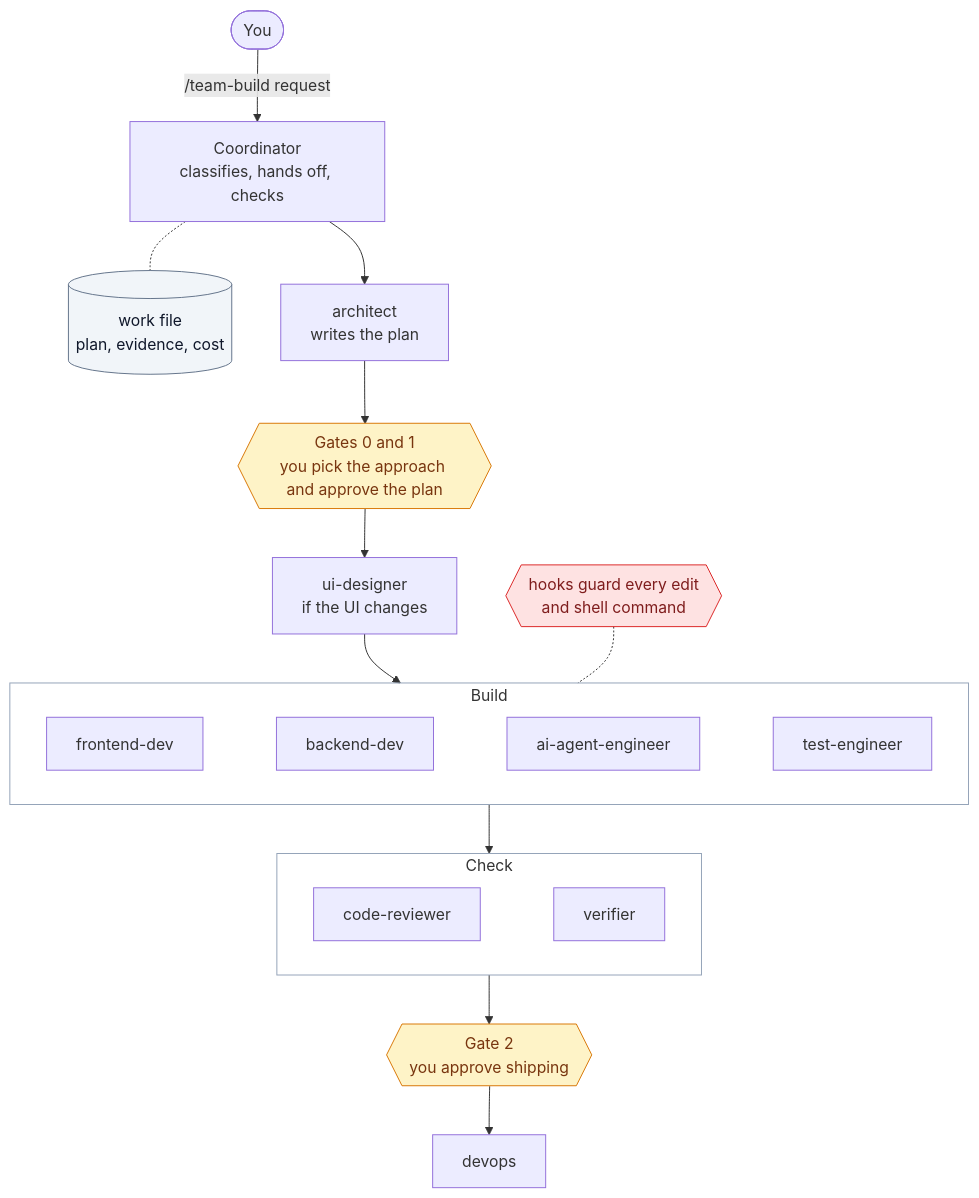
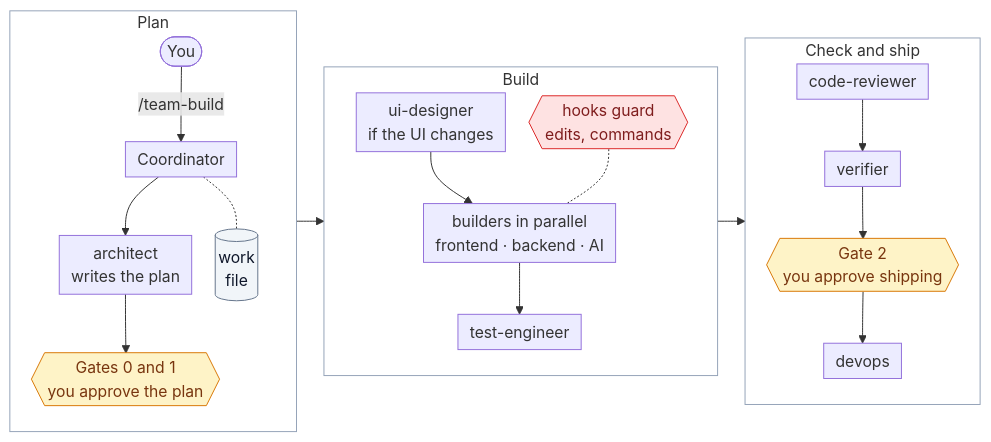
The diagram in docs/images/src/overview.mmd (suryas91/claude-skills), drawn with Mermaid before and after one commit. The commit also changed 11 other files, not shown here.

```diff
--- a/docs/images/src/overview.mmd
+++ b/docs/images/src/overview.mmd
@@ -1,27 +1,31 @@
-flowchart TB
-    U([You]) -->|/team-build request| C[Coordinator<br/>classifies, hands off, checks]
-    C -.- W[(work file<br/>plan, evidence, cost)]
-    C --> A[architect<br/>writes the plan]
-    A --> G1{{Gates 0 and 1<br/>you pick the approach and approve the plan}}
-    G1 --> D[ui-designer<br/>if the UI changes]
-    D --> BUILD
+%%{init: {'flowchart': {'nodeSpacing': 24, 'rankSpacing': 28, 'padding': 6}}}%%
+flowchart LR
+    subgraph PLAN [Plan]
+        direction TB
+        U([You]) -->|/team-build| C[Coordinator]
+        C --> A[architect<br/>writes the plan]
+        C -.- W[(work<br/>file)]
+        A --> G1{{Gates 0 and 1<br/>you approve the plan}}
+    end
     subgraph BUILD [Build]
-        direction LR
-        F[frontend-dev] ~~~ B[backend-dev] ~~~ AI[ai-agent-engineer] ~~~ T[test-engineer]
+        direction TB
+        D[ui-designer<br/>if the UI changes] --> X[builders in parallel<br/>frontend · backend · AI]
+        X --> T[test-engineer]
+        H{{hooks guard<br/>edits, commands}} -.- X
     end
-    H{{hooks guard every edit<br/>and shell command}} -.- BUILD
-    BUILD --> CHECK
-    subgraph CHECK [Check]
-        direction LR
-        R[code-reviewer] ~~~ V[verifier]
+    subgraph CHECK [Check and ship]
+        direction TB
+        R[code-reviewer] --> V[verifier]
+        V --> G2{{Gate 2<br/>you approve shipping}}
+        G2 --> O[devops]
     end
-    CHECK --> G2{{Gate 2<br/>you approve shipping}}
-    G2 --> O[devops]
+    PLAN --> BUILD --> CHECK
     classDef gate fill:#fef3c7,stroke:#d97706,color:#78350f
     classDef guard fill:#fee2e2,stroke:#dc2626,color:#7f1d1d
     classDef store fill:#f1f5f9,stroke:#64748b,color:#0f172a
     class G1,G2 gate
     class H guard
     class W store
+    style PLAN fill:transparent,stroke:#94a3b8
     style BUILD fill:transparent,stroke:#94a3b8
     style CHECK fill:transparent,stroke:#94a3b8
```
